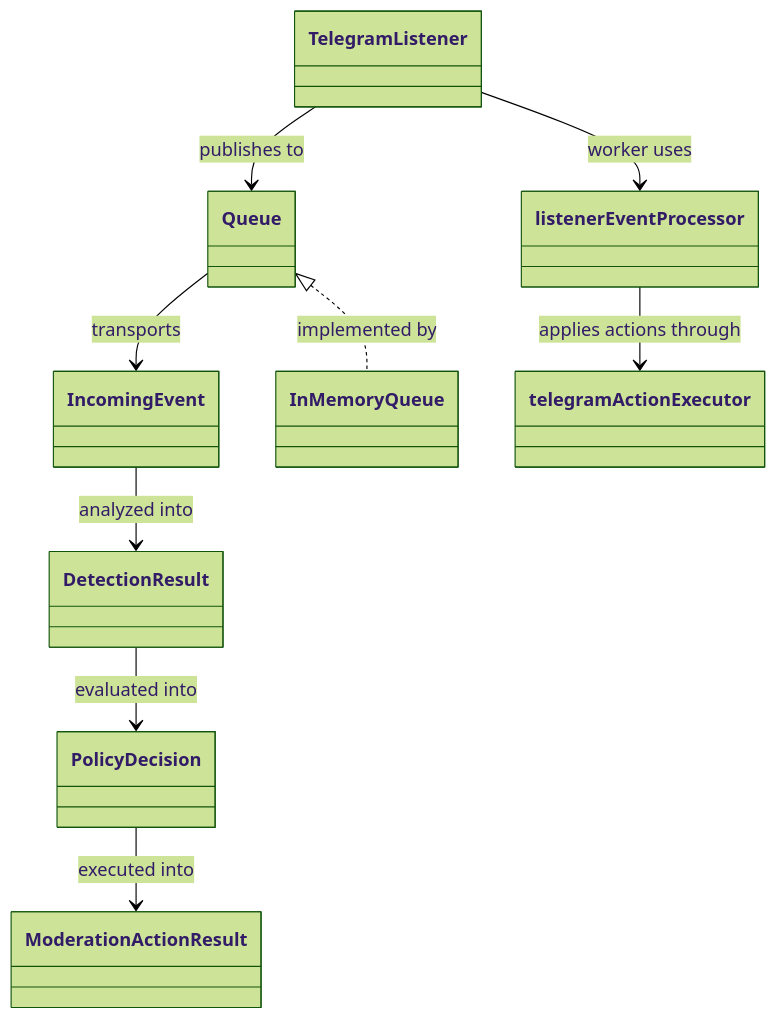
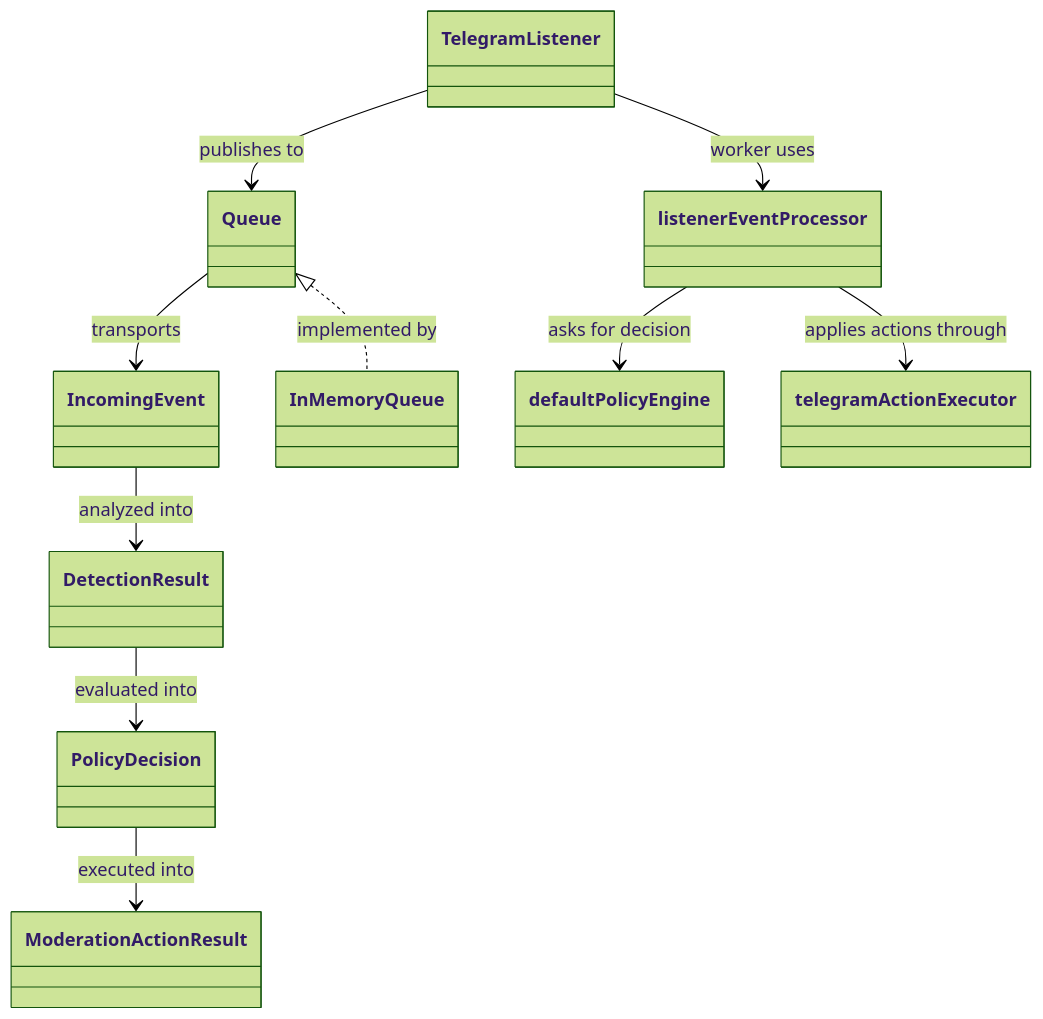
Before and after one commit to redstone-md/shield: the third of 3 diagrams in docs/Architecture.md, drawn with Mermaid (forest theme). The commit also changed other lines of this file and 8 other files, not shown here.

Commit message:
refactor: extract moderation policy engine

````diff
--- a/docs/Architecture.md
+++ b/docs/Architecture.md
@@ -75,21 +77,23 @@
 ```mermaid
 classDiagram
   class TelegramListener
   class IncomingEvent
   class DetectionResult
   class PolicyDecision
   class ModerationActionResult
   class Queue
   class InMemoryQueue
   class listenerEventProcessor
+  class defaultPolicyEngine
   class telegramActionExecutor
 
   TelegramListener --> Queue : publishes to
   Queue <|.. InMemoryQueue : implemented by
   TelegramListener --> listenerEventProcessor : worker uses
+  listenerEventProcessor --> defaultPolicyEngine : asks for decision
   listenerEventProcessor --> telegramActionExecutor : applies actions through
   Queue --> IncomingEvent : transports
   IncomingEvent --> DetectionResult : analyzed into
   DetectionResult --> PolicyDecision : evaluated into
   PolicyDecision --> ModerationActionResult : executed into
 ```
````
